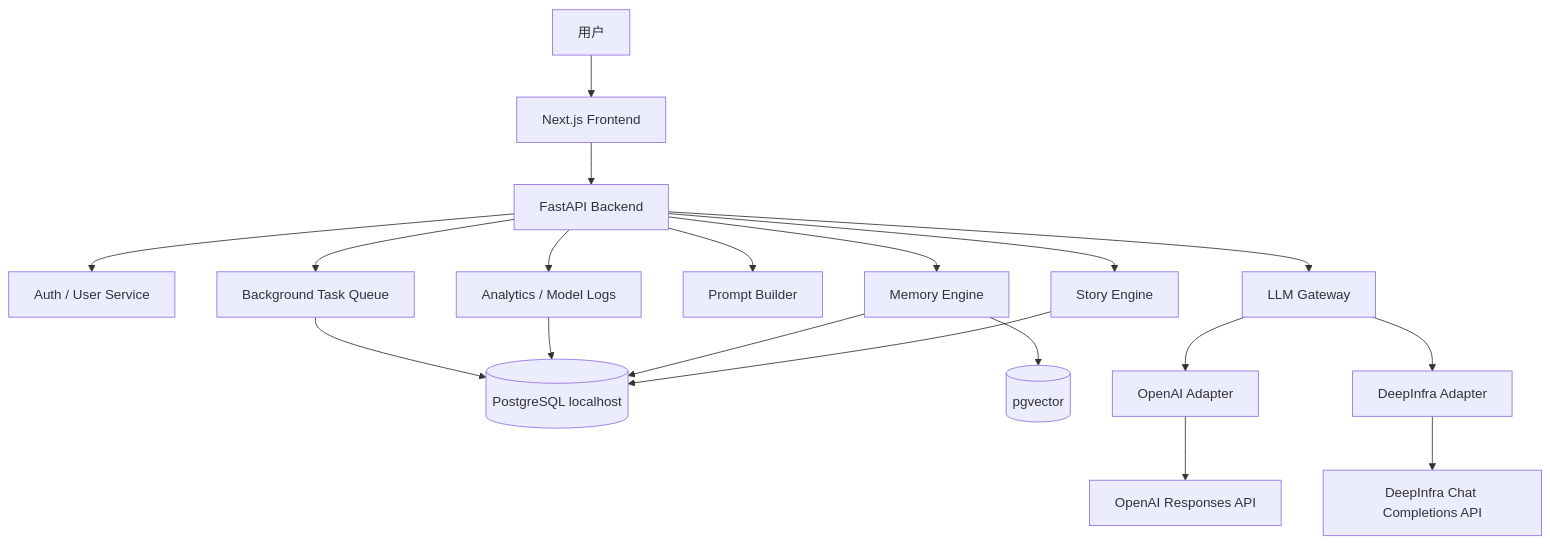
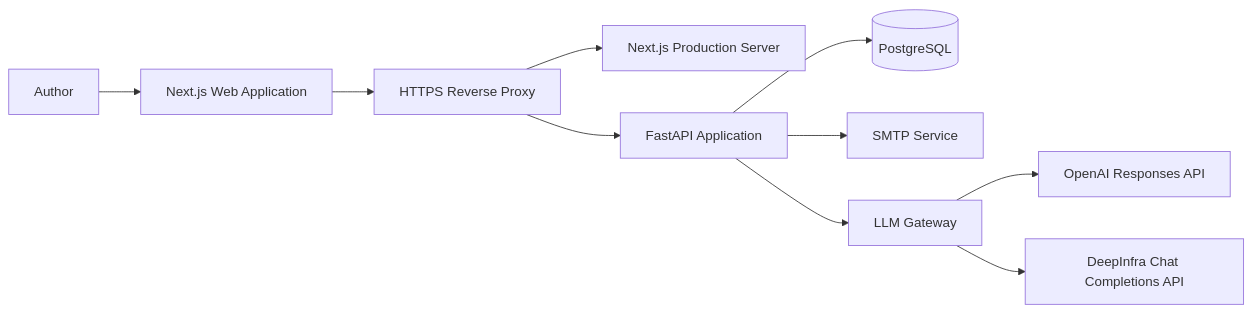
The first of 4 diagrams in system architecture.md (FoLAWy-py/Witscraft), drawn with Mermaid before and after one commit. The commit also changed other lines of this file and 6 other files, not shown here.

Commit message:
Add production readiness and architecture baseline

````diff
--- a/system architecture.md
+++ b/system architecture.md
@@ -10,26 +29,12 @@
 ```mermaid
-flowchart TD
-    U[用户] --> FE[Next.js Frontend]
-
-    FE --> API[FastAPI Backend]
-
-    API --> AUTH[Auth / User Service]
-    API --> STORY[Story Engine]
-    API --> MEMORY[Memory Engine]
-    API --> PROMPT[Prompt Builder]
-    API --> LLM[LLM Gateway]
-    API --> TASK[Background Task Queue]
-    API --> LOG[Analytics / Model Logs]
-
-    STORY --> DB[(PostgreSQL localhost)]
-    MEMORY --> DB
-    MEMORY --> PGV[(pgvector)]
-    LOG --> DB
-    TASK --> DB
-
-    LLM --> OAI[OpenAI Adapter]
-    LLM --> DI[DeepInfra Adapter]
-
-    OAI --> OAIAPI[OpenAI Responses API]
-    DI --> DIAPI[DeepInfra Chat Completions API]
+flowchart LR
+    User["Author"] --> Browser["Next.js Web Application"]
+    Browser --> Proxy["HTTPS Reverse Proxy"]
+    Proxy --> Web["Next.js Production Server"]
+    Proxy --> API["FastAPI Application"]
+    API --> Database[("PostgreSQL")]
+    API --> SMTP["SMTP Service"]
+    API --> Gateway["LLM Gateway"]
+    Gateway --> OpenAI["OpenAI Responses API"]
+    Gateway --> DeepInfra["DeepInfra Chat Completions API"]
 ```
````
